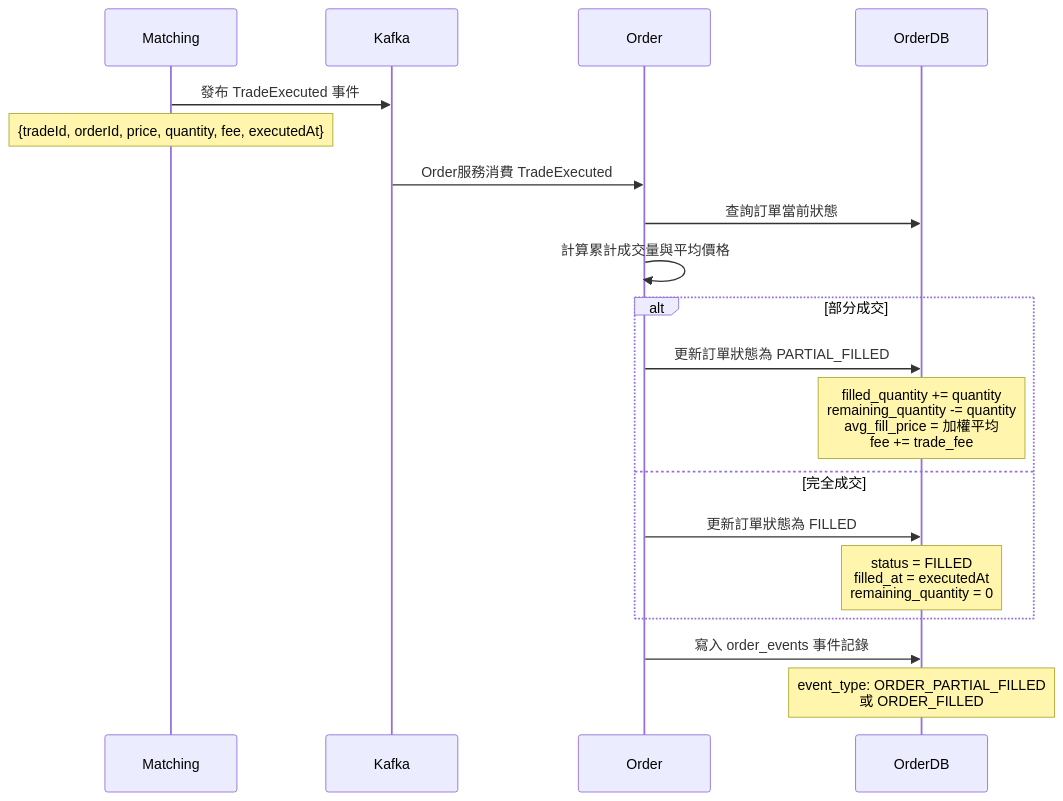
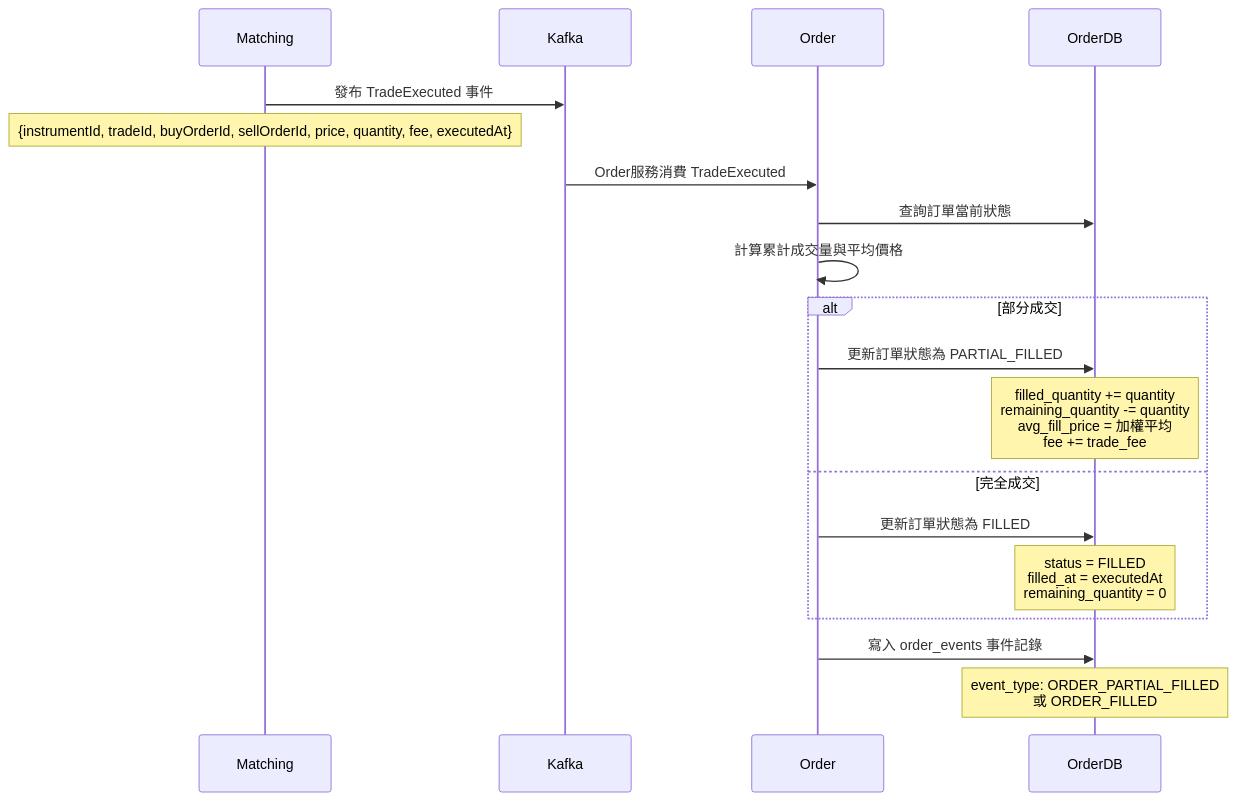
Before and after one commit to vincentf13/open.vincentf13: the fourth of 5 diagrams in design/exchange/整體設計.md, drawn with Mermaid. The commit also changed other lines of this file, not shown here.

````diff
--- a/design/exchange/整體設計.md
+++ b/design/exchange/整體設計.md
@@ -1304,25 +1304,25 @@
 ```mermaid
 sequenceDiagram
     participant Matching
     participant Kafka
     participant Order
     participant OrderDB
 
     Matching->>Kafka: 發布 TradeExecuted 事件
-    Note over Matching: {tradeId, orderId, price, quantity, fee, executedAt}
+    Note over Matching: {instrumentId, tradeId, buyOrderId, sellOrderId, price, quantity, fee, executedAt}
 
     Kafka->>Order: Order服務消費 TradeExecuted
     Order->>OrderDB: 查詢訂單當前狀態
     Order->>Order: 計算累計成交量與平均價格
 
     alt 部分成交
         Order->>OrderDB: 更新訂單狀態為 PARTIAL_FILLED
         Note over OrderDB: filled_quantity += quantity<br/>remaining_quantity -= quantity<br/>avg_fill_price = 加權平均<br/>fee += trade_fee
     else 完全成交
         Order->>OrderDB: 更新訂單狀態為 FILLED
         Note over OrderDB: status = FILLED<br/>filled_at = executedAt<br/>remaining_quantity = 0
     end
 
     Order->>OrderDB: 寫入 order_events 事件記錄
     Note over OrderDB: event_type: ORDER_PARTIAL_FILLED<br/>或 ORDER_FILLED
 ```
````
